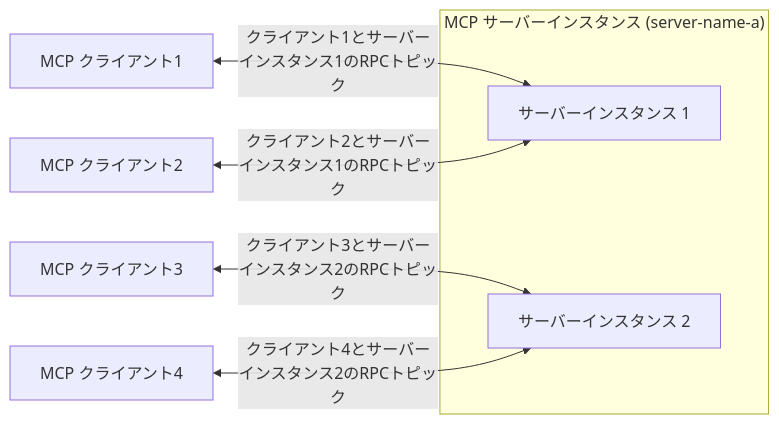
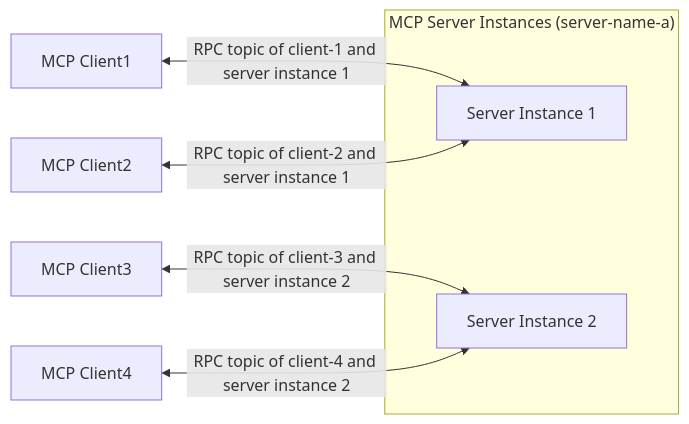
The second of 2 diagrams in ja_JP/develop/emqx-ai/mcp-over-mqtt/architecture.md (emqx/emqx-docs), drawn with Mermaid before and after one commit. The commit also changed other lines of this file and 420 other files, not shown here.

````diff
--- a/ja_JP/develop/emqx-ai/mcp-over-mqtt/architecture.md
+++ b/ja_JP/develop/emqx-ai/mcp-over-mqtt/architecture.md
@@ -73,19 +73,19 @@
 ```mermaid
 graph LR
 
-    C1["MCP クライアント1"]
-    C2["MCP クライアント2"]
-    C3["MCP クライアント3"]
-    C4["MCP クライアント4"]
+    C1["MCP Client1"]
+    C2["MCP Client2"]
+    C3["MCP Client3"]
+    C4["MCP Client4"]
 
-    subgraph "MCP サーバーインスタンス (server-name-a)"
-        S1[サーバーインスタンス 1]
-        S2[サーバーインスタンス 2]
+    subgraph "MCP Server Instances (server-name-a)"
+        S1[Server Instance 1]
+        S2[Server Instance 2]
     end
 
-    C1 <-- "クライアント1とサーバーインスタンス1のRPCトピック" --> S1
-    C2 <-- "クライアント2とサーバーインスタンス1のRPCトピック" --> S1
-    C3 <-- "クライアント3とサーバーインスタンス2のRPCトピック" --> S2
-    C4 <-- "クライアント4とサーバーインスタンス2のRPCトピック" --> S2
+    C1 <-- "RPC topic of client-1 and server instance 1" --> S1
+    C2 <-- "RPC topic of client-2 and server instance 1" --> S1
+    C3 <-- "RPC topic of client-3 and server instance 2" --> S2
+    C4 <-- "RPC topic of client-4 and server instance 2" --> S2
 
 ```
````
